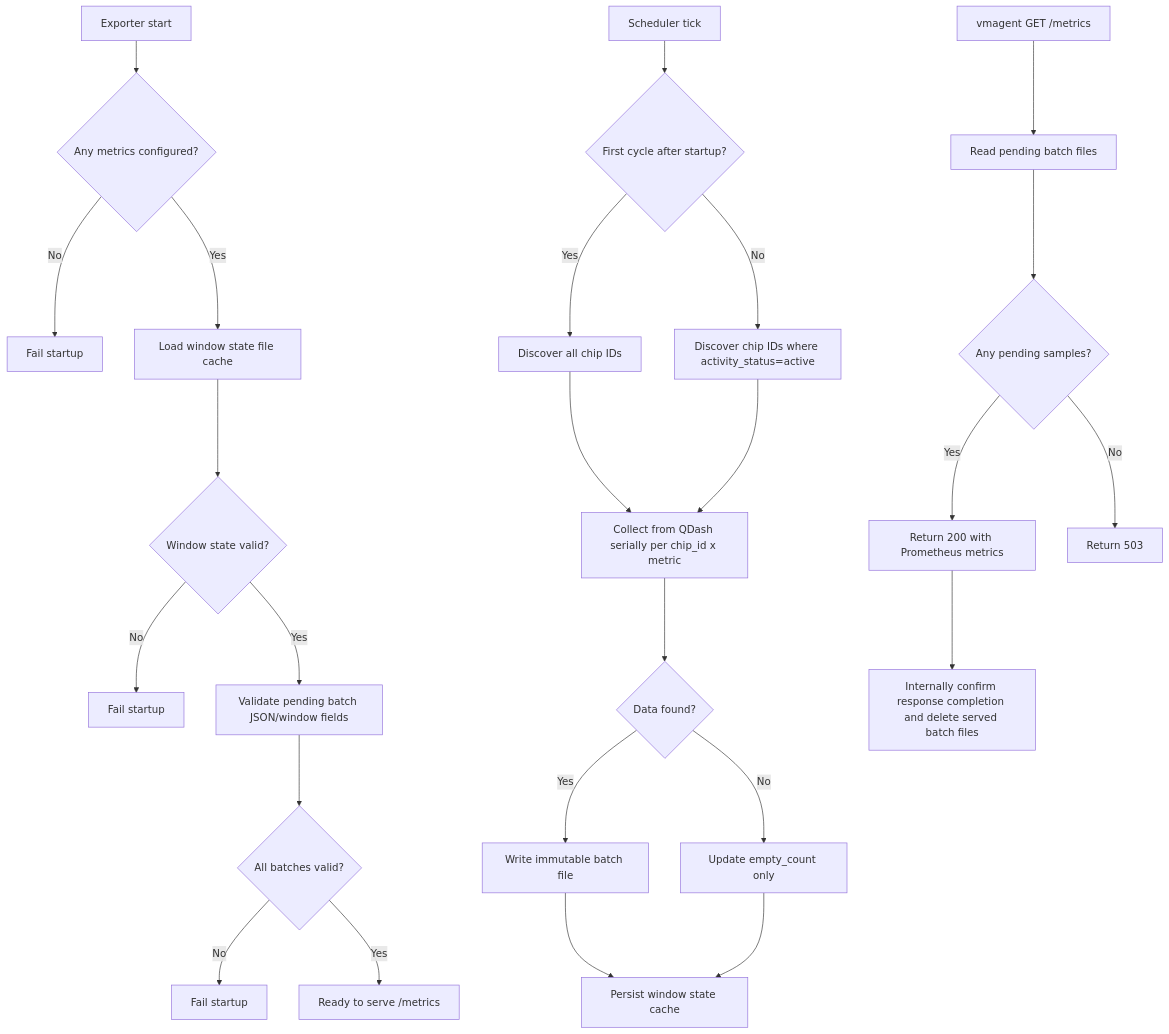
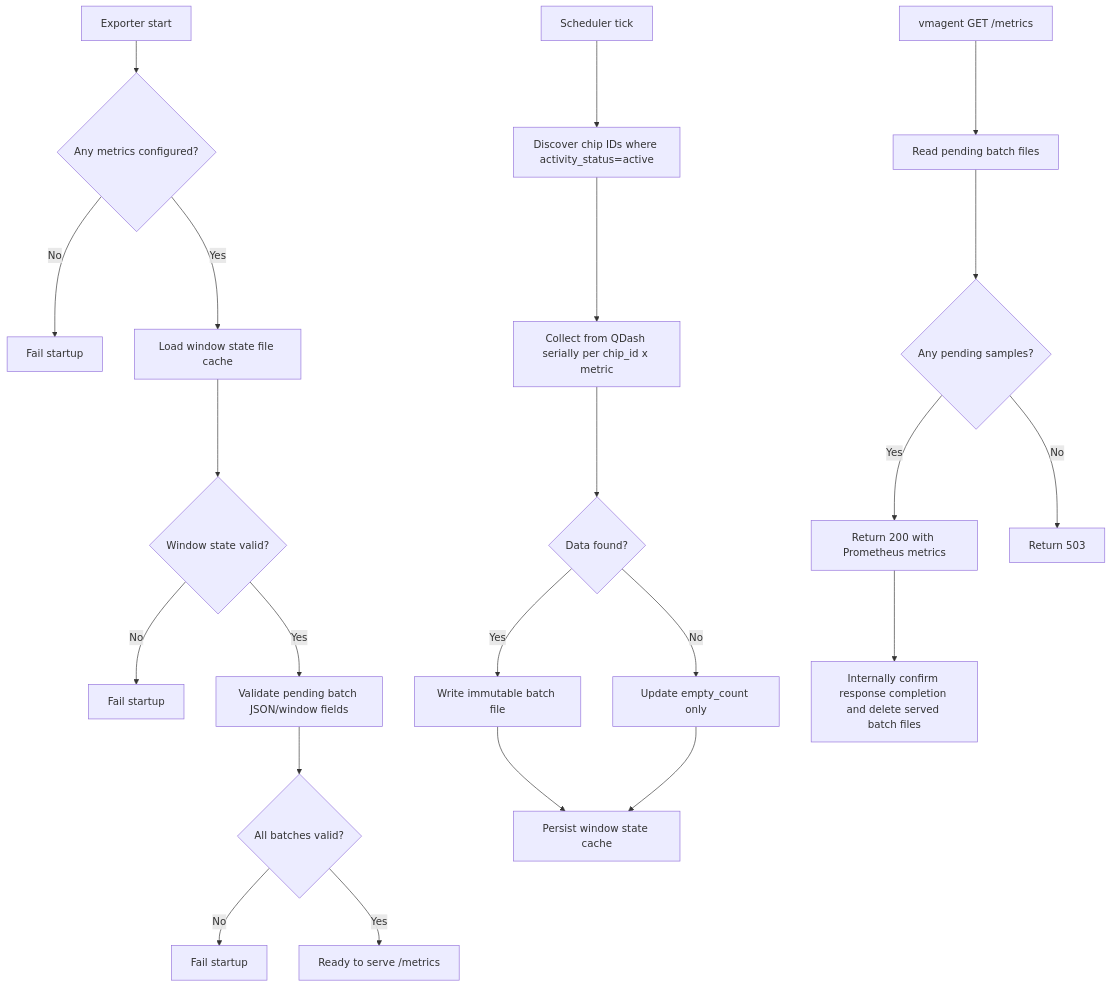
One commit to oqtopus-team/oqtopus-device-monitoring changed the first of 4 diagrams in docs/custom-exporters/qdash-exporter.md. Above: the diagram before and after it, drawn with Mermaid. The commit also changed other lines of this file, not shown here.

Commit message:
fix: update qdash-exporter documentation to clarify chip collection behavior

````diff
--- a/docs/custom-exporters/qdash-exporter.md
+++ b/docs/custom-exporters/qdash-exporter.md
@@ -46,29 +46,26 @@
 ```mermaid
 flowchart TD
   A[Exporter start] --> A1{Any metrics configured?}
   A1 -->|No| A2[Fail startup]
   A1 -->|Yes| A3[Load window state file cache]
   A3 --> A3a{Window state valid?}
   A3a -->|No| A3b[Fail startup]
   A3a -->|Yes| A4[Validate pending batch JSON/window fields]
   A4 --> A4a{All batches valid?}
   A4a -->|No| A4b[Fail startup]
   A4a -->|Yes| A5[Ready to serve /metrics]
 
-  B[Scheduler tick] --> B1{First cycle after startup?}
-  B1 -->|Yes| B2[Discover all chip IDs]
-  B1 -->|No| B3[Discover chip IDs where activity_status=active]
-  B2 --> C[Collect from QDash serially per chip_id x metric]
-  B3 --> C
+  B[Scheduler tick] --> B1[Discover chip IDs where activity_status=active]
+  B1 --> C[Collect from QDash serially per chip_id x metric]
   C --> D{Data found?}
   D -->|Yes| E[Write immutable batch file]
   D -->|No| F[Update empty_count only]
   E --> G[Persist window state cache]
   F --> G
 
   H[vmagent GET /metrics] --> I[Read pending batch files]
   I --> J{Any pending samples?}
   J -->|Yes| K[Return 200 with Prometheus metrics]
   J -->|No| L[Return 503]
   K --> M[Internally confirm response completion and delete served batch files]
 ```
````
